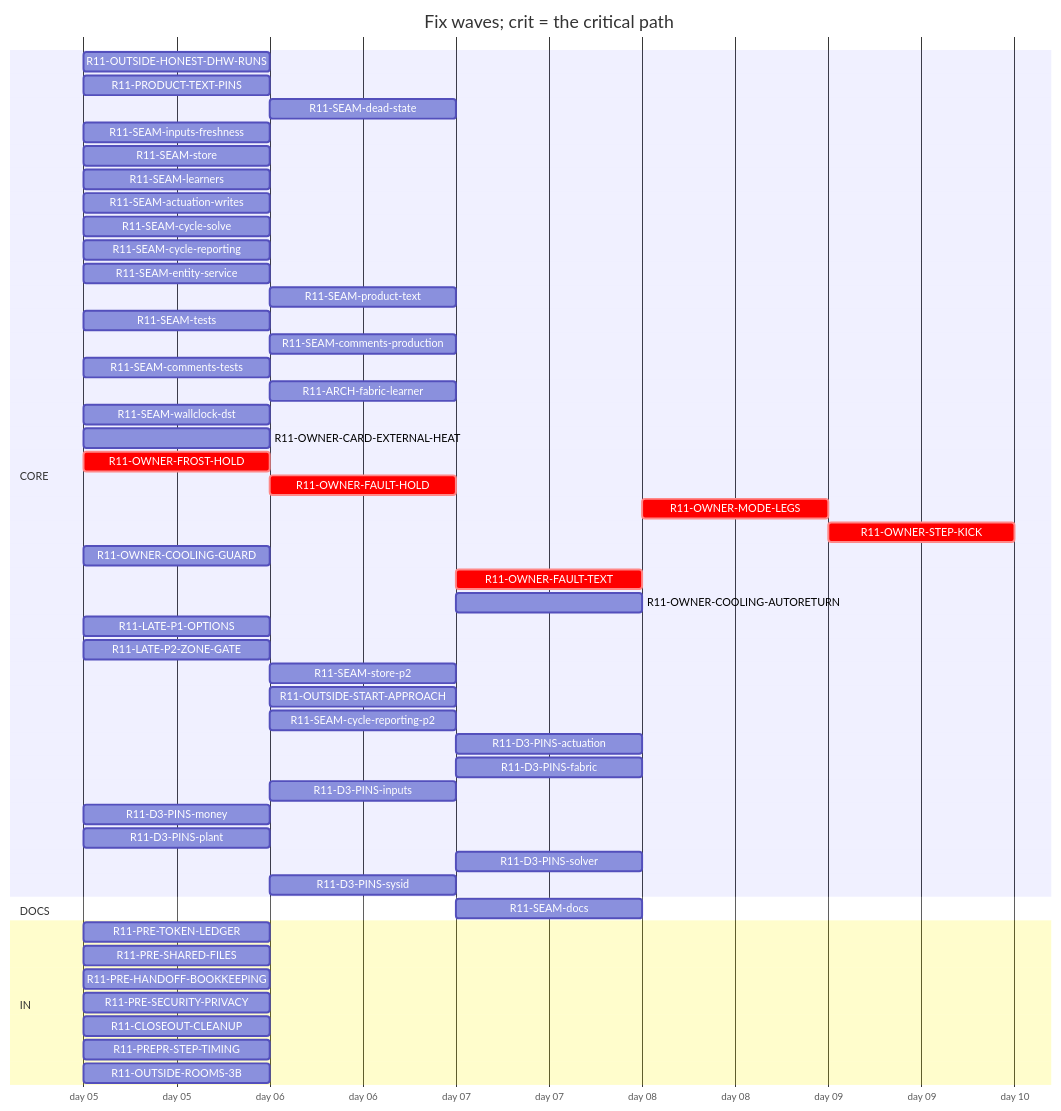
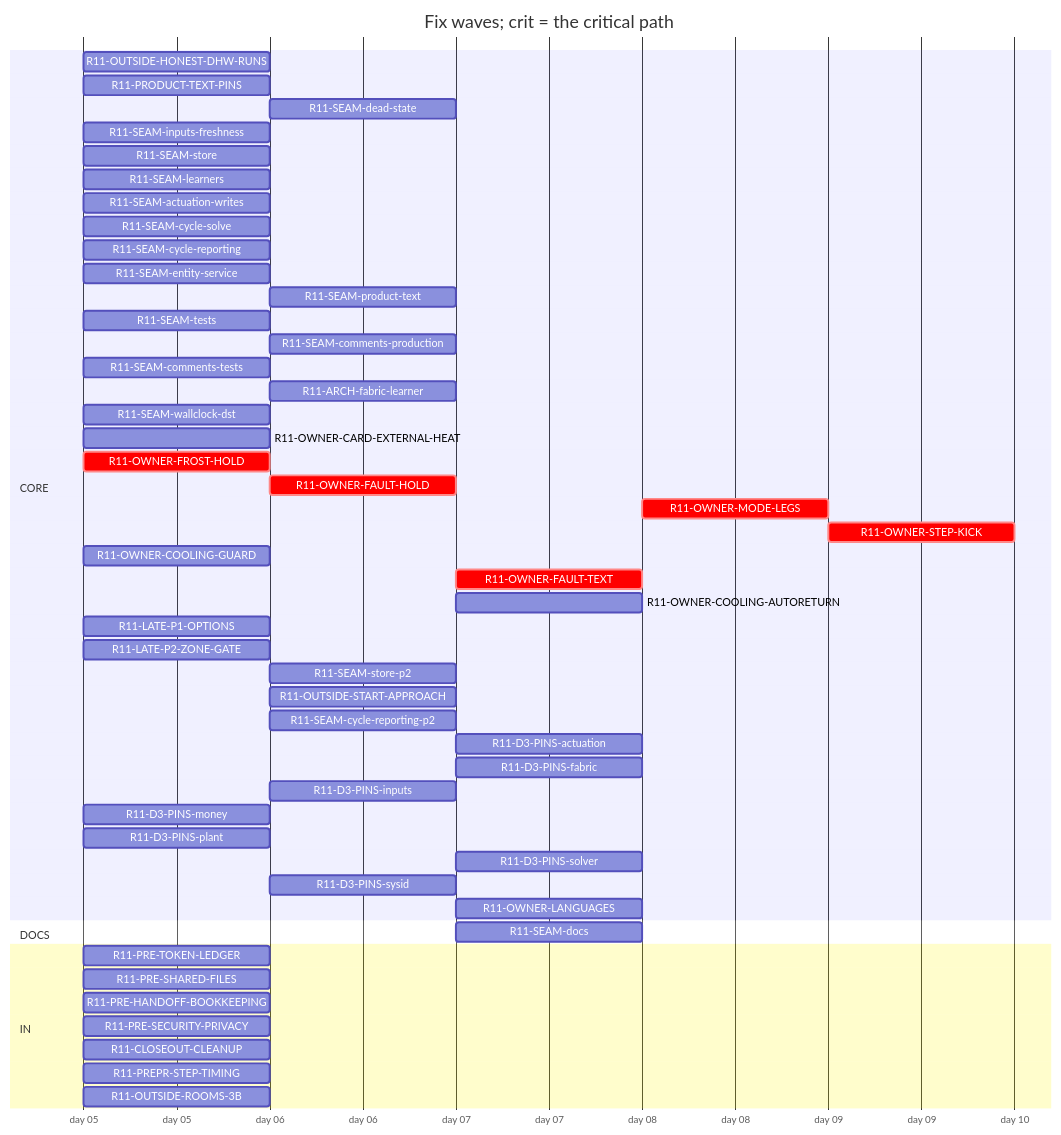
The diagram in handoff/round11/state/PLAN-TABLE.md (tvofi/heatpump_optimizer), drawn with Mermaid before and after one commit. The commit also changed other lines of this file and 4 other files, not shown here.

Commit message:
state: FLOW-BOARD.md, NEXT-SESSION-PROMPT.md, PLAN-TABLE.md, PLAN.html, RESUME-CURRENT.md regenerated (state_docs.py)

````diff
--- a/handoff/round11/state/PLAN-TABLE.md
+++ b/handoff/round11/state/PLAN-TABLE.md
@@ -16,53 +16,54 @@
 ```mermaid
 gantt
   title Fix waves; crit = the critical path
   dateFormat YYYY-MM-DD
   axisFormat day %d
   section CORE
     R11-OUTSIDE-HONEST-DHW-RUNS :r11OUTSIDEHONESTDHWRUNS, 2026-01-05, 1d
     R11-PRODUCT-TEXT-PINS :r11PRODUCTTEXTPINS, 2026-01-05, 1d
     R11-SEAM-dead-state :r11SEAMdeadstate, after r11SEAMstore, 1d
     R11-SEAM-inputs-freshness :r11SEAMinputsfreshness, 2026-01-05, 1d
     R11-SEAM-store :r11SEAMstore, 2026-01-05, 1d
     R11-SEAM-learners :r11SEAMlearners, 2026-01-05, 1d
     R11-SEAM-actuation-writes :r11SEAMactuationwrites, 2026-01-05, 1d
     R11-SEAM-cycle-solve :r11SEAMcyclesolve, 2026-01-05, 1d
     R11-SEAM-cycle-reporting :r11SEAMcyclereporting, 2026-01-05, 1d
     R11-SEAM-entity-service :r11SEAMentityservice, 2026-01-05, 1d
     R11-SEAM-product-text :r11SEAMproducttext, after r11SEAMactuationwrites r11SEAMentityservice r11SEAMinputsfreshness r11SEAMcyclesolve r11SEAMcyclereporting, 1d
     R11-SEAM-tests :r11SEAMtests, 2026-01-05, 1d
     R11-SEAM-comments-production :r11SEAMcommentsproduction, after r11SEAMactuationwrites r11SEAMentityservice r11SEAMinputsfreshness r11SEAMcyclesolve r11SEAMcyclereporting, 1d
     R11-SEAM-comments-tests :r11SEAMcommentstests, 2026-01-05, 1d
     R11-ARCH-fabric-learner :r11ARCHfabriclearner, after r11SEAMlearners, 1d
     R11-SEAM-wallclock-dst :r11SEAMwallclockdst, 2026-01-05, 1d
     R11-OWNER-CARD-EXTERNAL-HEAT :r11OWNERCARDEXTERNALHEAT, 2026-01-05, 1d
     R11-OWNER-FROST-HOLD :crit, r11OWNERFROSTHOLD, 2026-01-05, 1d
     R11-OWNER-FAULT-HOLD :crit, r11OWNERFAULTHOLD, after r11OWNERFROSTHOLD, 1d
     R11-OWNER-MODE-LEGS :crit, r11OWNERMODELEGS, after r11OWNERFAULTTEXT, 1d
     R11-OWNER-STEP-KICK :crit, r11OWNERSTEPKICK, after r11OWNERMODELEGS, 1d
     R11-OWNER-COOLING-GUARD :r11OWNERCOOLINGGUARD, 2026-01-05, 1d
     R11-OWNER-FAULT-TEXT :crit, r11OWNERFAULTTEXT, after r11OWNERFAULTHOLD, 1d
     R11-OWNER-COOLING-AUTORETURN :r11OWNERCOOLINGAUTORETURN, after r11OWNERCOOLINGGUARD r11OWNERFAULTHOLD, 1d
     R11-LATE-P1-OPTIONS :r11LATEP1OPTIONS, 2026-01-05, 1d
     R11-LATE-P2-ZONE-GATE :r11LATEP2ZONEGATE, 2026-01-05, 1d
     R11-SEAM-store-p2 :r11SEAMstorep2, after r11SEAMstore, 1d
     R11-OUTSIDE-START-APPROACH :r11OUTSIDESTARTAPPROACH, after r11OUTSIDEHONESTDHWRUNS r11SEAMlearners, 1d
     R11-SEAM-cycle-reporting-p2 :r11SEAMcyclereportingp2, after r11SEAMcyclereporting r11SEAMactuationwrites r11SEAMlearners, 1d
     R11-D3-PINS-actuation :r11D3PINSactuation, after r11SEAMactuationwrites r11OWNERFAULTHOLD, 1d
     R11-D3-PINS-fabric :r11D3PINSfabric, after r11ARCHfabriclearner r11SEAMcyclereporting r11OUTSIDESTARTAPPROACH, 1d
     R11-D3-PINS-inputs :r11D3PINSinputs, after r11SEAMinputsfreshness, 1d
     R11-D3-PINS-money :r11D3PINSmoney, 2026-01-05, 1d
     R11-D3-PINS-plant :r11D3PINSplant, 2026-01-05, 1d
     R11-D3-PINS-solver :r11D3PINSsolver, after r11OUTSIDESTARTAPPROACH r11SEAMcyclereporting, 1d
     R11-D3-PINS-sysid :r11D3PINSsysid, after r11SEAMlearners, 1d
+    R11-OWNER-LANGUAGES :r11OWNERLANGUAGES, after r11SEAMproducttext, 1d
   section DOCS
     R11-SEAM-docs :r11SEAMdocs, after r11SEAMlearners r11SEAMactuationwrites r11SEAMentityservice r11SEAMinputsfreshness r11SEAMcyclesolve r11SEAMcyclereporting r11SEAMproducttext, 1d
   section IN
     R11-PRE-TOKEN-LEDGER :r11PRETOKENLEDGER, 2026-01-05, 1d
     R11-PRE-SHARED-FILES :r11PRESHAREDFILES, 2026-01-05, 1d
     R11-PRE-HANDOFF-BOOKKEEPING :r11PREHANDOFFBOOKKEEPING, 2026-01-05, 1d
     R11-PRE-SECURITY-PRIVACY :r11PRESECURITYPRIVACY, 2026-01-05, 1d
     R11-CLOSEOUT-CLEANUP :r11CLOSEOUTCLEANUP, 2026-01-05, 1d
     R11-PREPR-STEP-TIMING :r11PREPRSTEPTIMING, 2026-01-05, 1d
     R11-OUTSIDE-ROOMS-3B :r11OUTSIDEROOMS3B, 2026-01-05, 1d
 ```
````
